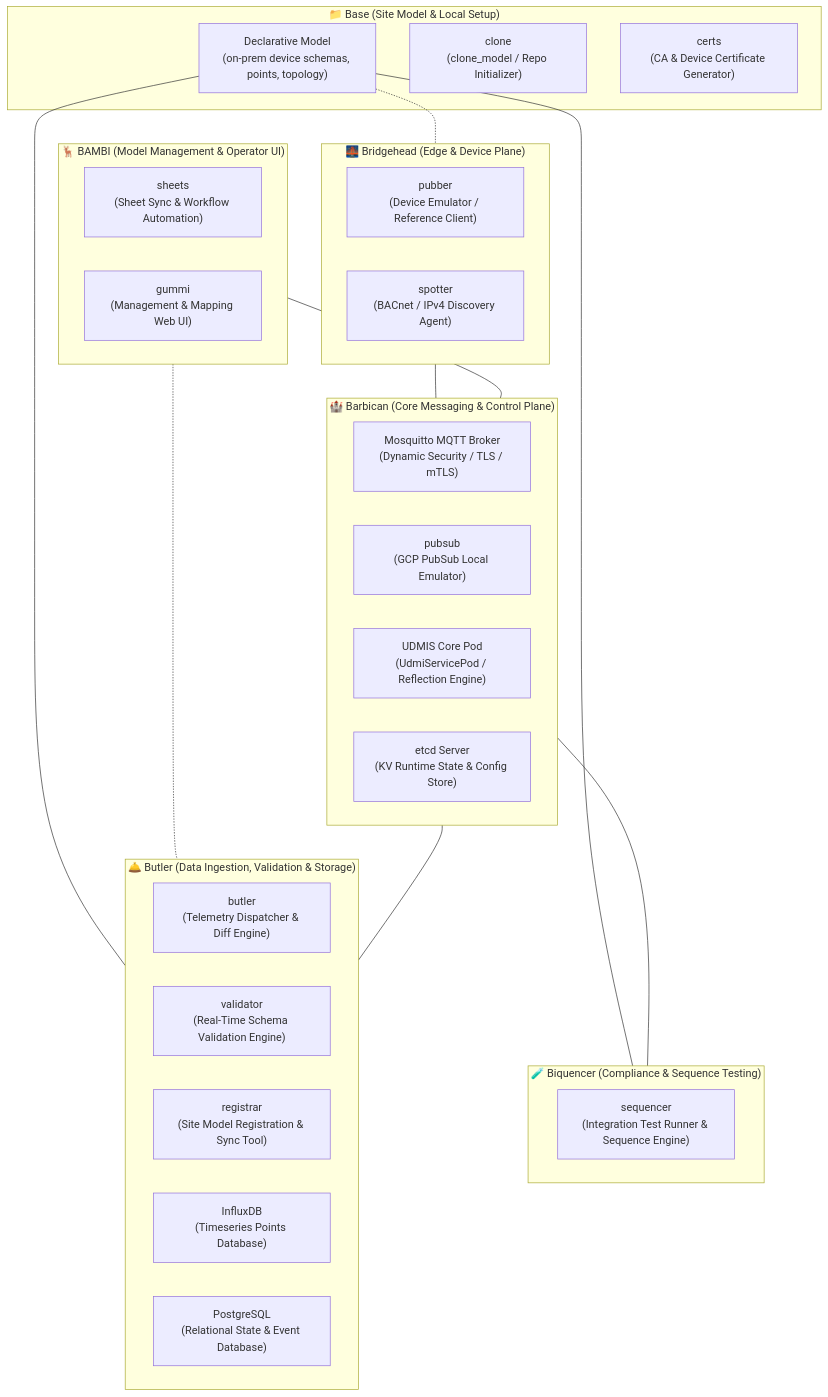
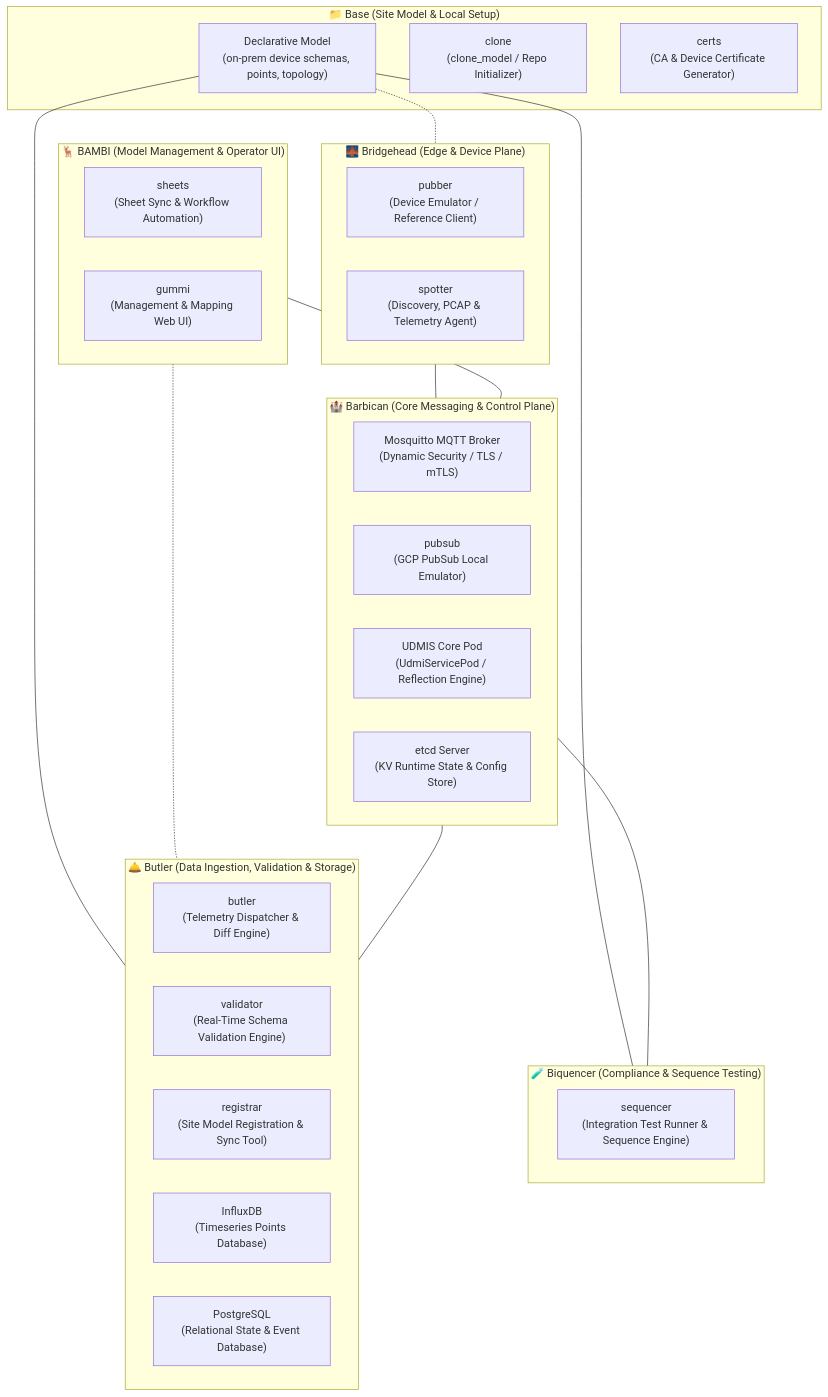
Before and after one commit to faucetsdn/udmi: the diagram in ARCHITECTURE.md, drawn with Mermaid. The commit also changed other lines of this file and 85 other files, not shown here.

Commit message:
Init Spotter with discovery and pcap capabilities (#1433)

````diff
--- a/ARCHITECTURE.md
+++ b/ARCHITECTURE.md
@@ -11,54 +11,54 @@
 ```mermaid
 graph TB
     %% Base - Site Model & Cryptographic Foundation
     subgraph BASE ["📁 Base (Site Model & Local Setup)"]
         SM_FILES["Declarative Model<br/>(on-prem device schemas, points, topology)"]
         CLONE["clone<br/>(clone_model / Repo Initializer)"]
         CERTS["certs<br/>(CA & Device Certificate Generator)"]
     end
 
     %% 1. Barbican - Core Message Broker & System Plane
     subgraph BARBICAN ["🏰 Barbican (Core Messaging & Control Plane)"]
         MOSQ["Mosquitto MQTT Broker<br/>(Dynamic Security / TLS / mTLS)"]
         PUBSUB["pubsub<br/>(GCP PubSub Local Emulator)"]
         UDMIS["UDMIS Core Pod<br/>(UdmiServicePod / Reflection Engine)"]
         ETCD["etcd Server<br/>(KV Runtime State & Config Store)"]
     end
 
     %% 2. Butler - Ingestion & Persistence Engine
     subgraph BUTLER ["🛎️ Butler (Data Ingestion, Validation & Storage)"]
         BUTLER_SRV["butler<br/>(Telemetry Dispatcher & Diff Engine)"]
         VALIDATOR["validator<br/>(Real-Time Schema Validation Engine)"]
         REGISTRAR["registrar<br/>(Site Model Registration & Sync Tool)"]
         INFLUX["InfluxDB<br/>(Timeseries Points Database)"]
         POSTGRES["PostgreSQL<br/>(Relational State & Event Database)"]
     end
 
     %% 3. Bridgehead - Device Emulation & Edge Plane
     subgraph BRIDGEHEAD ["🌉 Bridgehead (Edge & Device Plane)"]
         PUBBER["pubber<br/>(Device Emulator / Reference Client)"]
-        SPOTTER["spotter<br/>(BACnet / IPv4 Discovery Agent)"]
+        SPOTTER["spotter<br/>(Discovery, PCAP & Telemetry Agent)"]
     end
 
     %% 4. BAMBI - Management & Operator Interfaces
     subgraph BAMBI ["🦌 BAMBI (Model Management & Operator UI)"]
         SHEETS["sheets<br/>(Sheet Sync & Workflow Automation)"]
         GUMMI["gummi<br/>(Management & Mapping Web UI)"]
     end
 
     %% 5. Biquencer - Testing & Compliance Engine
     subgraph BIQUENCER ["🧪 Biquencer (Compliance & Sequence Testing)"]
         SEQUENCER["sequencer<br/>(Integration Test Runner & Sequence Engine)"]
     end
 
     %% Inter-Bucket Interactions
     SM_FILES --- BUTLER
     SM_FILES --- BIQUENCER
     SM_FILES -.- BRIDGEHEAD
 
     BRIDGEHEAD --- BARBICAN
     BAMBI --- BARBICAN
     BAMBI -.- BUTLER
     BARBICAN --- BUTLER
     BARBICAN --- BIQUENCER
 ```
````
